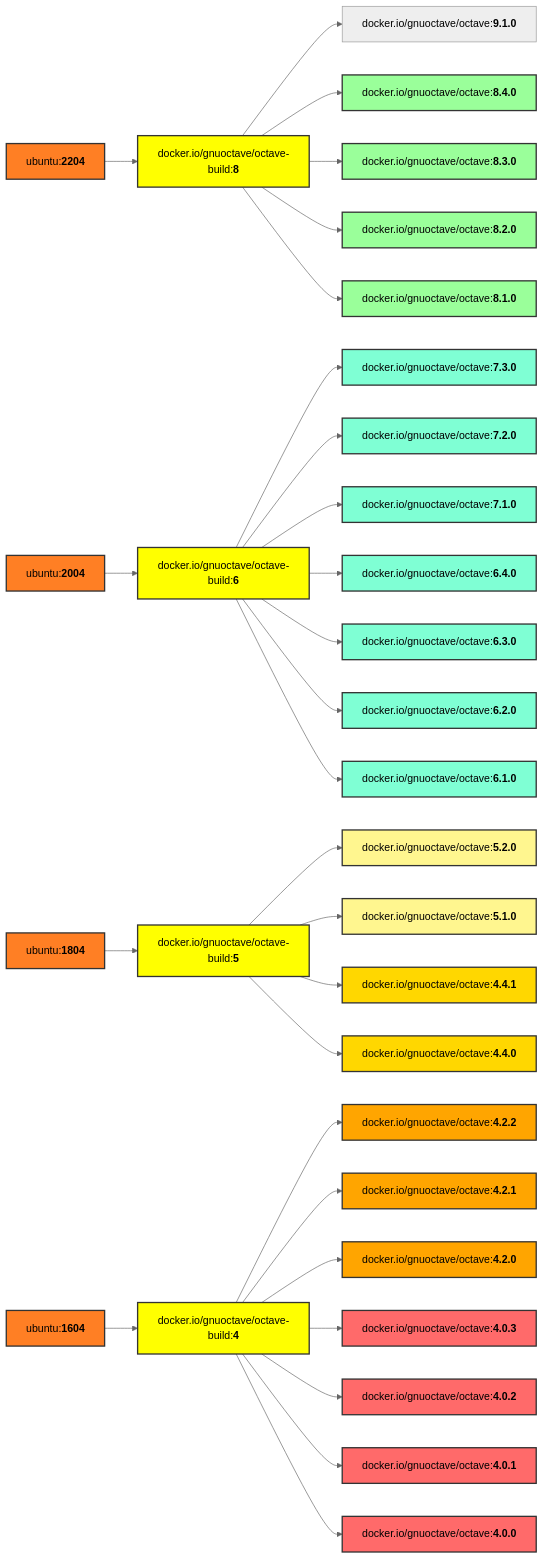
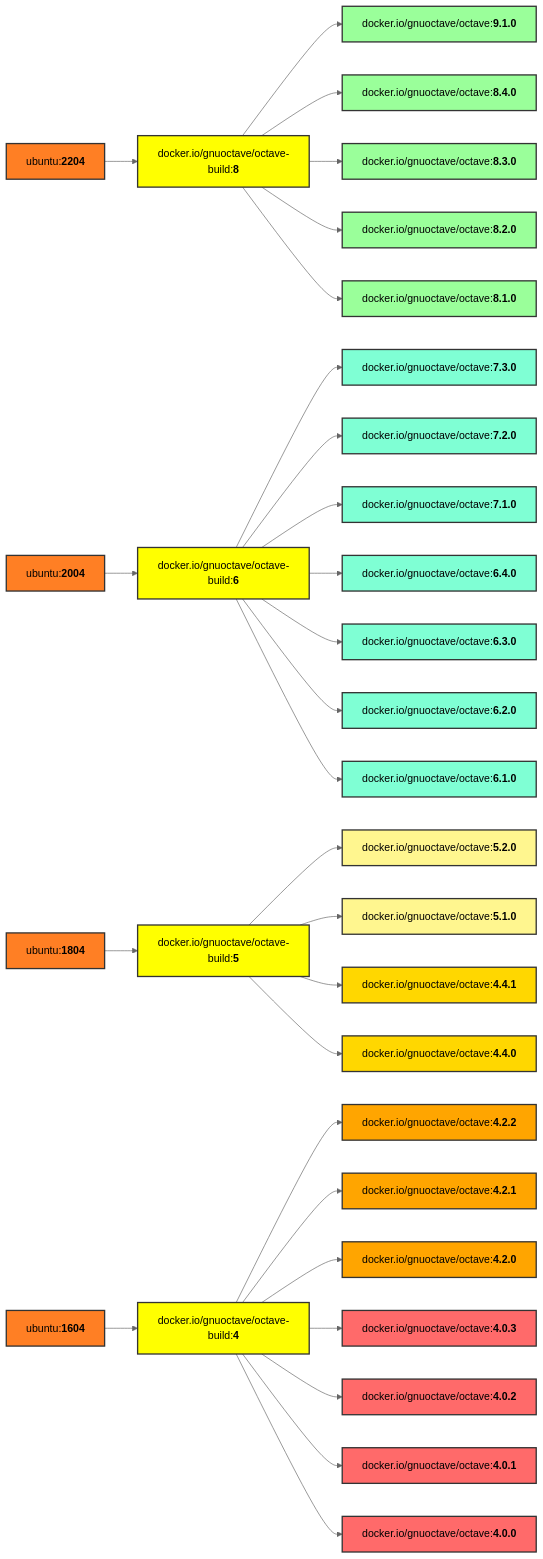
The diagram in README.md (gnu-octave/docker), drawn with Mermaid (neutral theme) before and after one commit.

Commit message:
README.md: fix graphic

````diff
--- a/README.md
+++ b/README.md
@@ -85,68 +85,69 @@
 ```mermaid
 graph LR
     U4[ubuntu:<b>2204</b>] --> b8[docker.io/gnuoctave/octave-build:<b>8</b>];
     U3[ubuntu:<b>2004</b>] --> b6[docker.io/gnuoctave/octave-build:<b>6</b>];
     U2[ubuntu:<b>1804</b>] --> b5[docker.io/gnuoctave/octave-build:<b>5</b>];
     U1[ubuntu:<b>1604</b>] --> b4[docker.io/gnuoctave/octave-build:<b>4</b>];
     b8 --> v910[docker.io/gnuoctave/octave:<b>9.1.0</b>];
     b8 --> v840[docker.io/gnuoctave/octave:<b>8.4.0</b>];
     b8 --> v830[docker.io/gnuoctave/octave:<b>8.3.0</b>];
     b8 --> v820[docker.io/gnuoctave/octave:<b>8.2.0</b>];
     b8 --> v810[docker.io/gnuoctave/octave:<b>8.1.0</b>];
     b6 --> v730[docker.io/gnuoctave/octave:<b>7.3.0</b>];
     b6 --> v720[docker.io/gnuoctave/octave:<b>7.2.0</b>];
     b6 --> v710[docker.io/gnuoctave/octave:<b>7.1.0</b>];
     b6 --> v640[docker.io/gnuoctave/octave:<b>6.4.0</b>];
     b6 --> v630[docker.io/gnuoctave/octave:<b>6.3.0</b>];
     b6 --> v620[docker.io/gnuoctave/octave:<b>6.2.0</b>];
     b6 --> v610[docker.io/gnuoctave/octave:<b>6.1.0</b>];
     b5 --> v520[docker.io/gnuoctave/octave:<b>5.2.0</b>];
     b5 --> v510[docker.io/gnuoctave/octave:<b>5.1.0</b>];
     b5 --> v441[docker.io/gnuoctave/octave:<b>4.4.1</b>];
     b5 --> v440[docker.io/gnuoctave/octave:<b>4.4.0</b>];
     b4 --> v422[docker.io/gnuoctave/octave:<b>4.2.2</b>];
     b4 --> v421[docker.io/gnuoctave/octave:<b>4.2.1</b>];
     b4 --> v420[docker.io/gnuoctave/octave:<b>4.2.0</b>];
     b4 --> v403[docker.io/gnuoctave/octave:<b>4.0.3</b>];
     b4 --> v402[docker.io/gnuoctave/octave:<b>4.0.2</b>];
     b4 --> v401[docker.io/gnuoctave/octave:<b>4.0.1</b>];
     b4 --> v400[docker.io/gnuoctave/octave:<b>4.0.0</b>];
     classDef U fill:#ff7f24,stroke:#333,stroke-width:2px;
     class U1 U;
     class U2 U;
     class U3 U;
     class U4 U;
     classDef b fill:#ff0,stroke:#333,stroke-width:2px;
     class b4 b;
     class b5 b;
     class b6 b;
     class b8 b;
     classDef age1 fill:#9aff9a,stroke:#333,stroke-width:2px;
     classDef age2 fill:#7fffd4,stroke:#333,stroke-width:2px;
     classDef age3 fill:#fff68f,stroke:#333,stroke-width:2px;
     classDef age4 fill:#ffd700,stroke:#333,stroke-width:2px;
     classDef age5 fill:#ffa500,stroke:#333,stroke-width:2px;
     classDef age6 fill:#ff6a6a,stroke:#333,stroke-width:2px;
+    class v910 age1;
     class v840 age1;
     class v830 age1;
     class v820 age1;
     class v810 age1;
     class v730 age2;
     class v720 age2;
     class v710 age2;
     class v640 age2;
     class v630 age2;
     class v620 age2;
     class v610 age2;
     class v520 age3;
     class v510 age3;
     class v441 age4;
     class v440 age4;
     class v422 age5;
     class v421 age5;
     class v420 age5;
     class v403 age6;
     class v402 age6;
     class v401 age6;
     class v400 age6;
 ```
````
